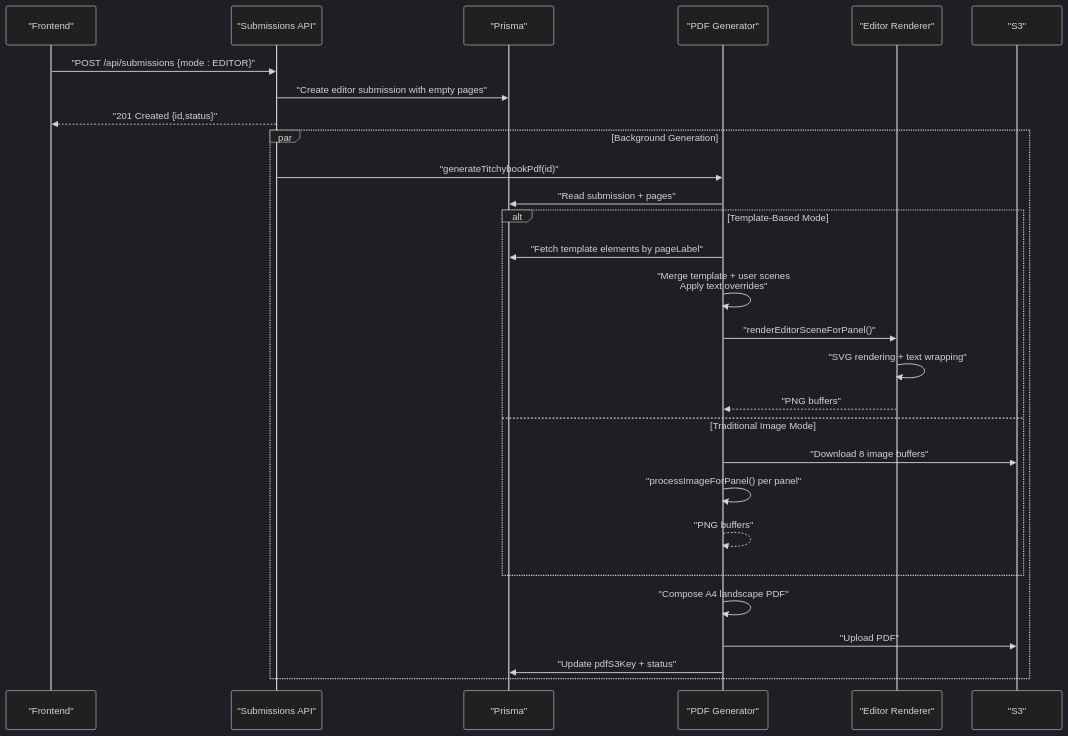
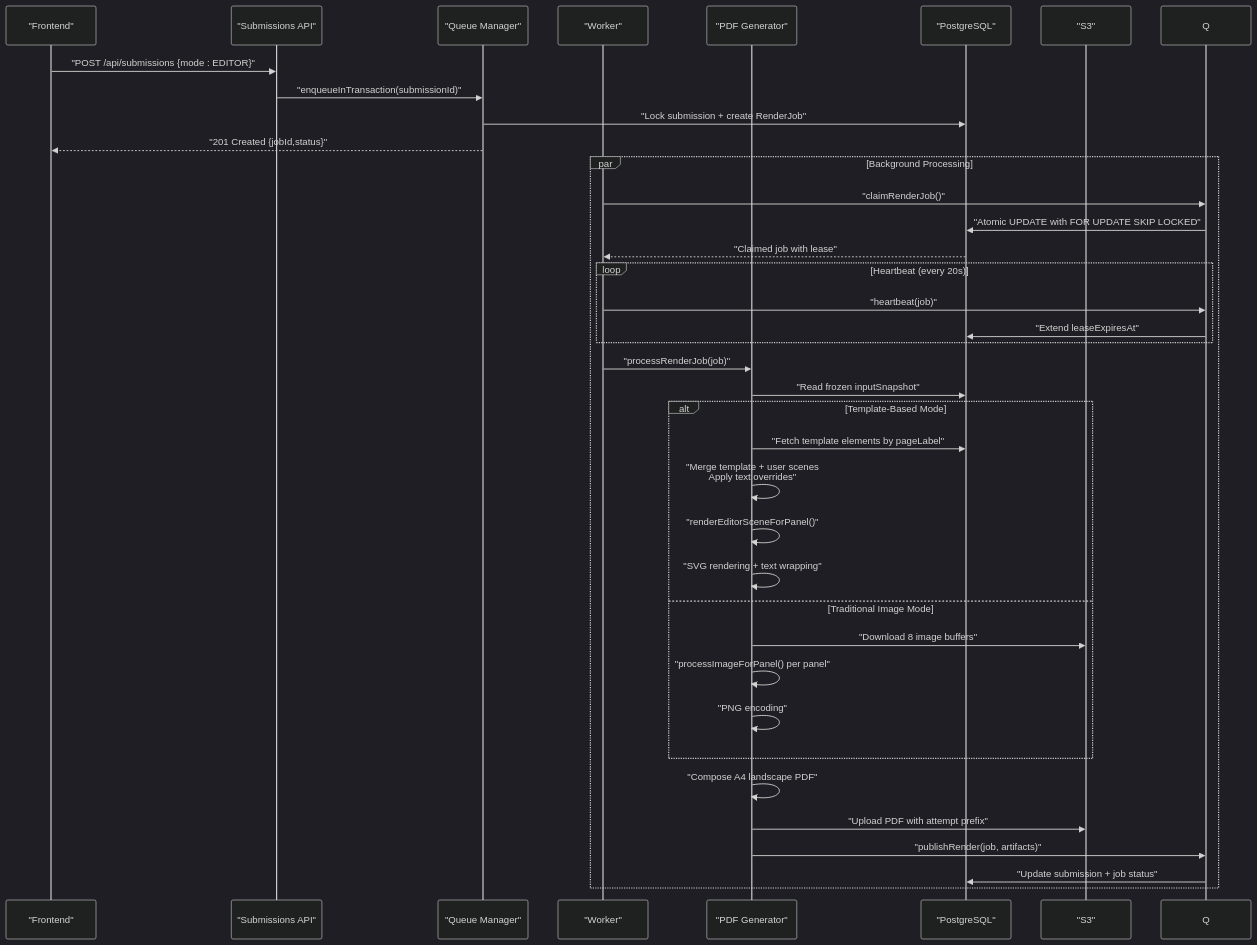
Before and after one commit to Crowdspender/titchybooks-app: the second of 8 diagrams in .qoder/repowiki/en/content/PDF Generation Engine/PDF Generation Engine.md, drawn with Mermaid (dark theme). The commit also changed other lines of this file and 23 other files, not shown here.

Commit message:
fix: address CodeRabbit review findings (docs accuracy, error UI, editor history, render snapshot)

````diff
--- a/.qoder/repowiki/en/content/PDF Generation Engine/PDF Generation Engine.md
+++ b/.qoder/repowiki/en/content/PDF Generation Engine/PDF Generation Engine.md
@@ -152,30 +176,39 @@
 ```mermaid
 sequenceDiagram
 participant FE as "Frontend"
 participant API as "Submissions API"
-participant DB as "Prisma"
+participant QM as "Queue Manager"
+participant W as "Worker"
 participant GEN as "PDF Generator"
-participant RENDER as "Editor Renderer"
+participant DB as "PostgreSQL"
 participant S3 as "S3"
 FE->>API : "POST /api/submissions {mode : EDITOR}"
-API->>DB : "Create editor submission with empty pages"
-API-->>FE : "201 Created {id,status}"
-par Background Generation
-API->>GEN : "generateTitchybookPdf(id)"
-GEN->>DB : "Read submission + pages"
+API->>QM : "enqueueInTransaction(submissionId)"
+QM->>DB : "Lock submission + create RenderJob"
+QM-->>FE : "201 Created {jobId,status}"
+par Background Processing
+W->>Q : "claimRenderJob()"
+Q->>DB : "Atomic UPDATE with FOR UPDATE SKIP LOCKED"
+DB-->>W : "Claimed job with lease"
+loop Heartbeat (every 20s)
+W->>Q : "heartbeat(job)"
+Q->>DB : "Extend leaseExpiresAt"
+end
+W->>GEN : "processRenderJob(job)"
+GEN->>DB : "Read frozen inputSnapshot"
 alt Template-Based Mode
 GEN->>DB : "Fetch template elements by pageLabel"
 GEN->>GEN : "Merge template + user scenes<br/>Apply text overrides"
-GEN->>RENDER : "renderEditorSceneForPanel()"
-RENDER->>RENDER : "SVG rendering + text wrapping"
-RENDER-->>GEN : "PNG buffers"
+GEN->>GEN : "renderEditorSceneForPanel()"
+GEN->>GEN : "SVG rendering + text wrapping"
 else Traditional Image Mode
 GEN->>S3 : "Download 8 image buffers"
 GEN->>GEN : "processImageForPanel() per panel"
-GEN-->>GEN : "PNG buffers"
+GEN->>GEN : "PNG encoding"
 end
 GEN->>GEN : "Compose A4 landscape PDF"
-GEN->>S3 : "Upload PDF"
-GEN->>DB : "Update pdfS3Key + status"
+GEN->>S3 : "Upload PDF with attempt prefix"
+GEN->>Q : "publishRender(job, artifacts)"
+Q->>DB : "Update submission + job status"
 end
 ```
````
